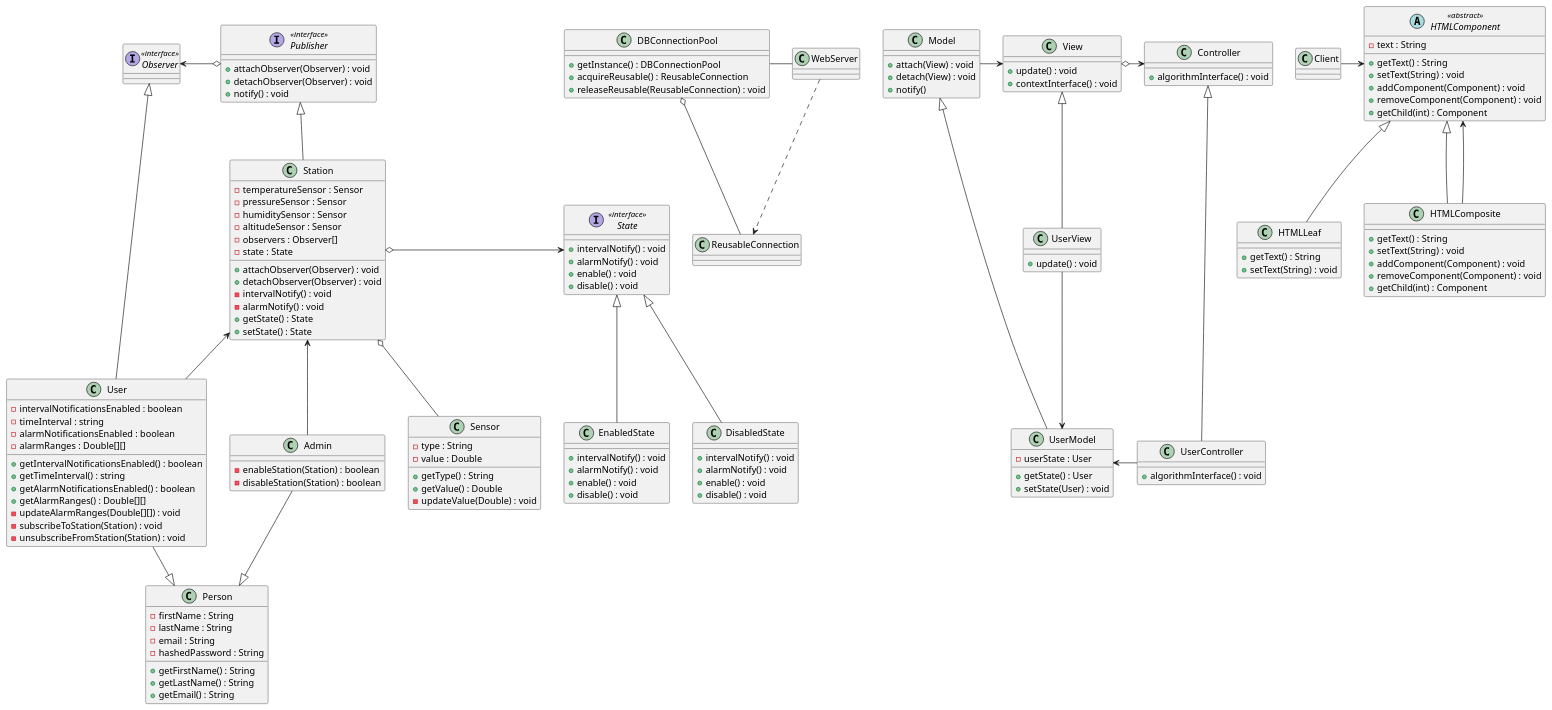
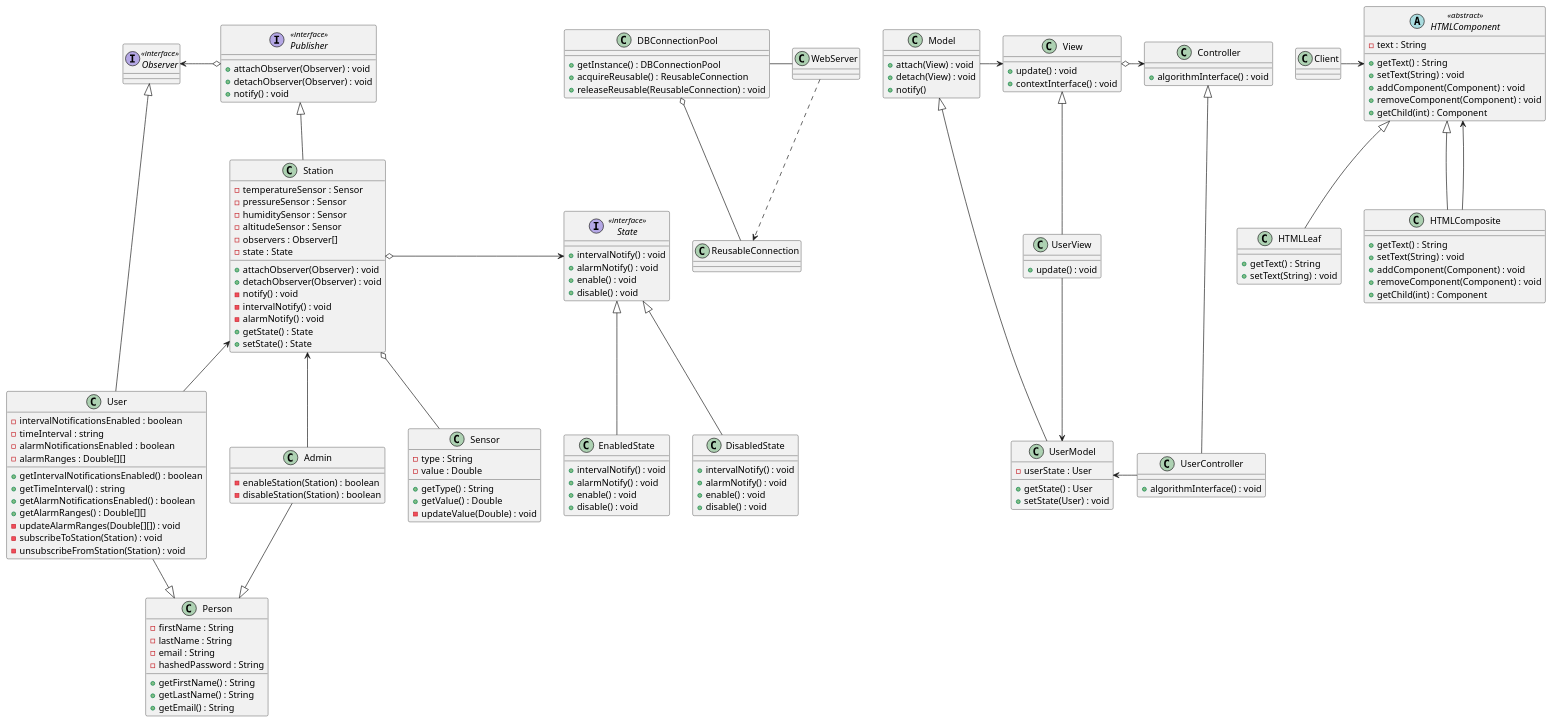
The diagram in diagrams/class/diagram.puml (ooad-sv/semester-project-design), drawn with PlantUML before and after one commit. The commit also changed 3 other files, not shown here.

```diff
--- a/diagrams/class/diagram.puml
+++ b/diagrams/class/diagram.puml
@@ -1,186 +1,187 @@
 @startuml
 
 
 interface Publisher <<interface>> {
     +attachObserver(Observer) : void
     +detachObserver(Observer) : void
     +notify() : void
 }
 
 interface Observer <<interface>> {
 }
 
 class Person {
     -firstName : String
     -lastName : String
     -email : String
     -hashedPassword : String
     +getFirstName() : String
     +getLastName() : String
     +getEmail() : String
 }
 
 class User {
     -intervalNotificationsEnabled : boolean
     -timeInterval : string
     -alarmNotificationsEnabled : boolean
     -alarmRanges : Double[][]
     +getIntervalNotificationsEnabled() : boolean
     +getTimeInterval() : string
     +getAlarmNotificationsEnabled() : boolean
     +getAlarmRanges() : Double[][]
     -updateAlarmRanges(Double[][]) : void
     -subscribeToStation(Station) : void
     -unsubscribeFromStation(Station) : void
 }
 
 class Admin {
     -enableStation(Station) : boolean
     -disableStation(Station) : boolean
 }
 
 class Sensor {
     -type : String
     -value : Double
     +getType() : String
     +getValue() : Double
     -updateValue(Double) : void
 }
 
 class Station {
     -temperatureSensor : Sensor
     -pressureSensor : Sensor
     -humiditySensor : Sensor
     -altitudeSensor : Sensor
     -observers : Observer[]
     -state : State
     +attachObserver(Observer) : void
     +detachObserver(Observer) : void
+    -notify() : void
     -intervalNotify() : void
     -alarmNotify() : void
     +getState() : State
     +setState() : State
 }
 
 interface State <<interface>> {
     +intervalNotify() : void
     +alarmNotify() : void
     +enable() : void
     +disable() : void
 }
 
 class EnabledState {
     +intervalNotify() : void
     +alarmNotify() : void
     +enable() : void
     +disable() : void
 }
 
 class DisabledState {
     +intervalNotify() : void
     +alarmNotify() : void
     +enable() : void
     +disable() : void
 }
 
 User --|> Person
 Admin --|> Person
 
 Station o-- Sensor
 
 Publisher <|-- Station
 Observer <|--- User
 
 Observer <-o Publisher
 
 Station <-- User
 Station <-- Admin
 
 State <|-- EnabledState
 State <|-- DisabledState
 
 Station o-> State
 
 
 
 class DBConnectionPool {
     +getInstance() : DBConnectionPool
     +acquireReusable() : ReusableConnection
     +releaseReusable(ReusableConnection) : void
 }
 
 WebServer ..> ReusableConnection
 DBConnectionPool - WebServer
 ReusableConnection --o DBConnectionPool
 
 
 
 class Model {
     +attach(View) : void
     +detach(View) : void
     +notify()
 }
 
 class View {
     +update() : void
     +contextInterface() : void
 }
 
 class Controller {
     +algorithmInterface() : void
 }
 
 class UserModel {
     -userState : User
     +getState() : User
     +setState(User) : void
 }
 
 class UserView {
     +update() : void
 }
 
 class UserController {
     +algorithmInterface() : void
 }
 
 Model -> View
 View o-> Controller
 Model <|--- UserModel
 View <|-- UserView
 Controller <|--- UserController
 UserView --> UserModel
 UserModel <- UserController
 
 
 
 abstract class HTMLComponent <<abstract>> {
     -text : String
     +getText() : String
     +setText(String) : void
     +addComponent(Component) : void
     +removeComponent(Component) : void
     +getChild(int) : Component
 }
 
 class HTMLLeaf {
     +getText() : String
     +setText(String) : void
 }
 
 class HTMLComposite {
     +getText() : String
     +setText(String) : void
     +addComponent(Component) : void
     +removeComponent(Component) : void
     +getChild(int) : Component
 }
 
 Client -> HTMLComponent
 HTMLComponent <|-- HTMLLeaf
 HTMLComponent <|-- HTMLComposite
 HTMLComponent <-- HTMLComposite
 
 
 
 @enduml
```
